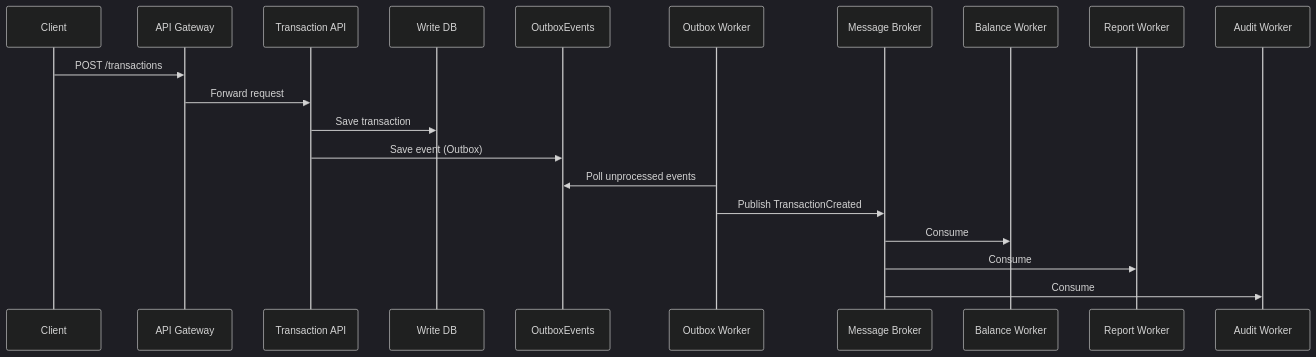
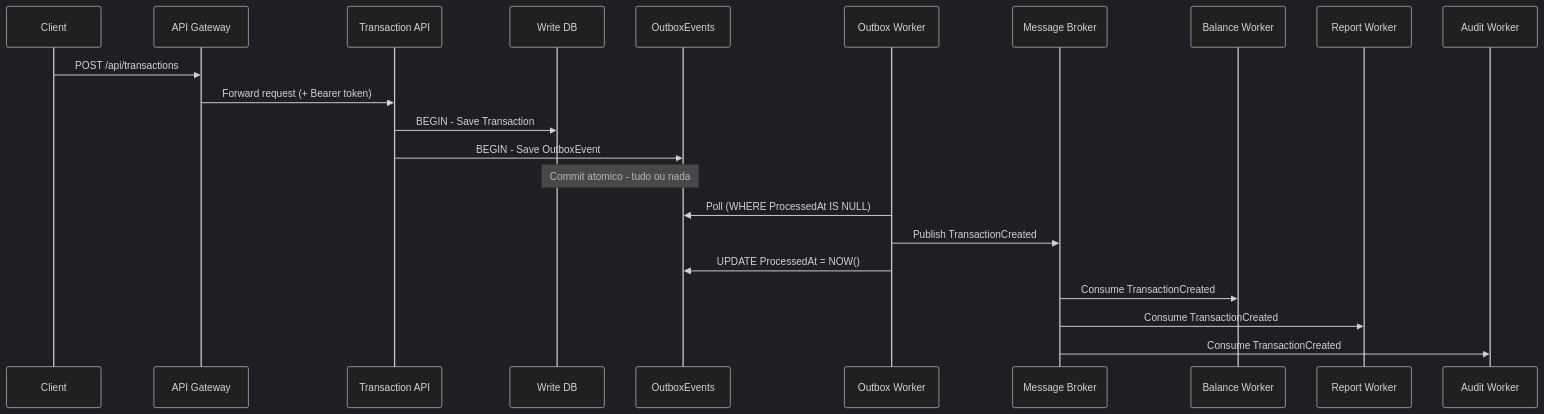
The second of 2 diagrams in docs/architecture.md (antonio-leonardo/Cashflow), drawn with Mermaid (dark theme) before and after one commit. The commit also changed other lines of this file and 56 other files, not shown here.

````diff
--- a/docs/architecture.md
+++ b/docs/architecture.md
@@ -30,23 +151,25 @@
 ```mermaid
 sequenceDiagram
-  participant C as Client
-  participant G as API Gateway
-  participant T as Transaction API
-  participant W as Write DB
-  participant O as OutboxEvents
+  participant C  as Client
+  participant G  as API Gateway
+  participant T  as Transaction API
+  participant W  as Write DB
+  participant O  as OutboxEvents
   participant OW as Outbox Worker
   participant MB as Message Broker
   participant BW as Balance Worker
   participant RW as Report Worker
   participant AW as Audit Worker
 
-  C->>G: POST /transactions
-  G->>T: Forward request
-  T->>W: Save transaction
-  T->>O: Save event (Outbox)
-  OW->>O: Poll unprocessed events
+  C->>G: POST /api/transactions
+  G->>T: Forward request (+ Bearer token)
+  T->>W: BEGIN - Save Transaction
+  T->>O: BEGIN - Save OutboxEvent
+  Note over W,O: Commit atomico - tudo ou nada
+  OW->>O: Poll (WHERE ProcessedAt IS NULL)
   OW->>MB: Publish TransactionCreated
-  MB->>BW: Consume
-  MB->>RW: Consume
-  MB->>AW: Consume
+  OW->>O: UPDATE ProcessedAt = NOW()
+  MB->>BW: Consume TransactionCreated
+  MB->>RW: Consume TransactionCreated
+  MB->>AW: Consume TransactionCreated
 ```
````
